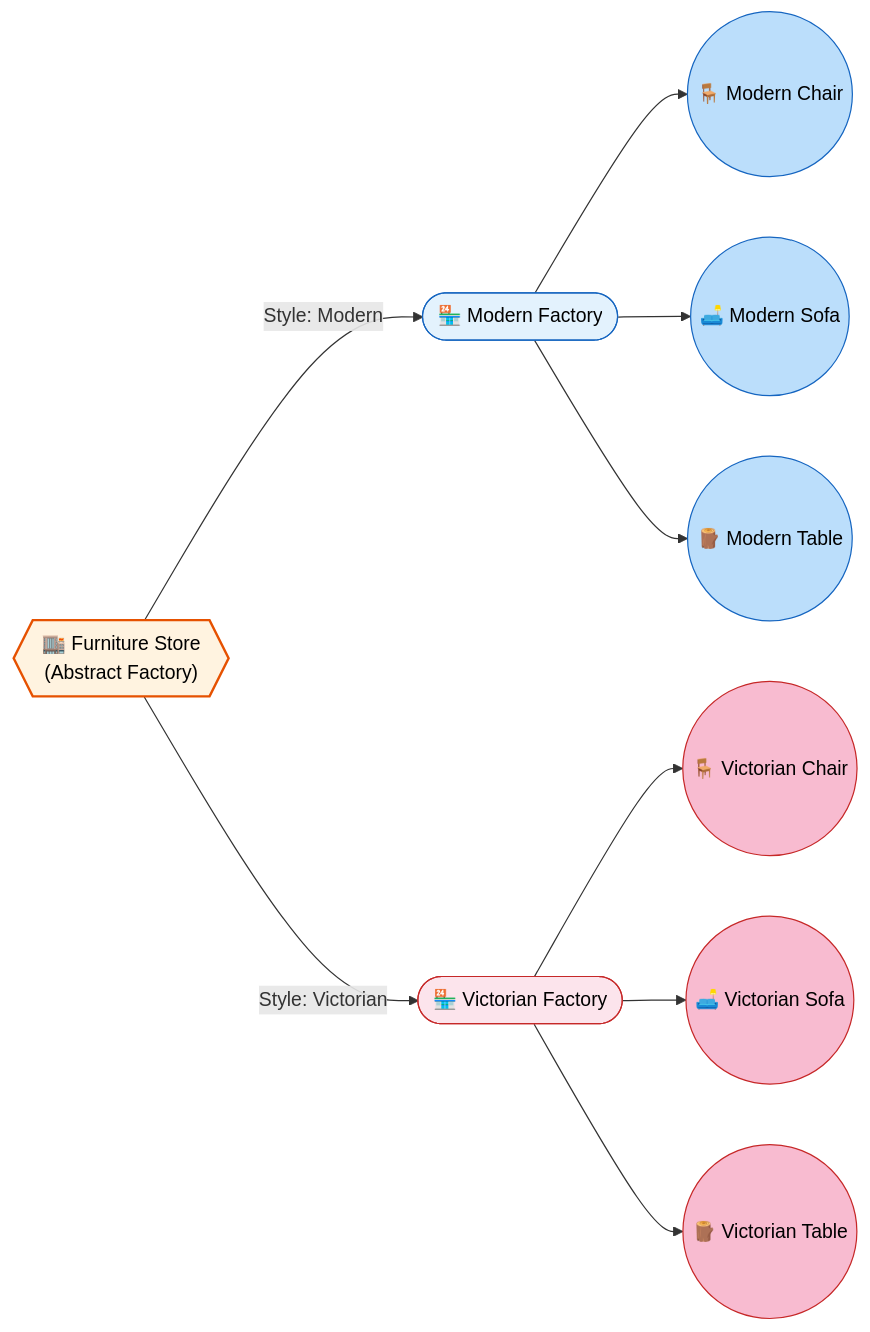
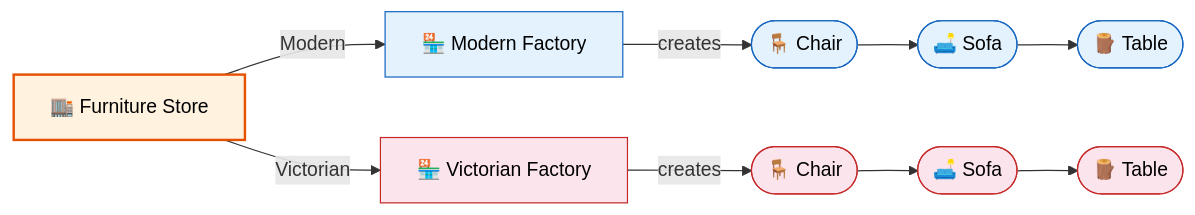
Before and after one commit to saivamsikaruturi/vamsilabs-dev-notes-main: the first of 3 diagrams in docs/designpatterns/creationalDesignPatterns/AbstractFactoryDesignPattern.md, drawn with Mermaid. The commit also changed other lines of this file and 42 other files, not shown here.

````diff
--- a/docs/designpatterns/creationalDesignPatterns/AbstractFactoryDesignPattern.md
+++ b/docs/designpatterns/creationalDesignPatterns/AbstractFactoryDesignPattern.md
@@ -10,24 +10,17 @@
 ```mermaid
 flowchart LR
-    Store{{"🏬 Furniture Store<br/>(Abstract Factory)"}}
-    Store -->|Style: Modern| M(["🏪 Modern Factory"])
-    Store -->|Style: Victorian| V(["🏪 Victorian Factory"])
-    
-    M --> MC(("🪑 Modern Chair"))
-    M --> MS(("🛋️ Modern Sofa"))
-    M --> MT(("🪵 Modern Table"))
-    
-    V --> VC(("🪑 Victorian Chair"))
-    V --> VS(("🛋️ Victorian Sofa"))
-    V --> VT(("🪵 Victorian Table"))
+    Store["🏬 Furniture Store"] -->|"Modern"| M["🏪 Modern Factory"]
+    M -->|"creates"| MC(["🪑 Chair"]) --> MS(["🛋️ Sofa"]) --> MT(["🪵 Table"])
+    Store -->|"Victorian"| V["🏪 Victorian Factory"]
+    V -->|"creates"| VC(["🪑 Chair"]) --> VS(["🛋️ Sofa"]) --> VT(["🪵 Table"])
 
     style Store fill:#FFF3E0,stroke:#E65100,stroke-width:2px,color:#000
     style M fill:#E3F2FD,stroke:#1565C0,color:#000
     style V fill:#FCE4EC,stroke:#C62828,color:#000
-    style MC fill:#BBDEFB,stroke:#1565C0,color:#000
-    style MS fill:#BBDEFB,stroke:#1565C0,color:#000
-    style MT fill:#BBDEFB,stroke:#1565C0,color:#000
-    style VC fill:#F8BBD0,stroke:#C62828,color:#000
-    style VS fill:#F8BBD0,stroke:#C62828,color:#000
-    style VT fill:#F8BBD0,stroke:#C62828,color:#000
+    style MC fill:#E3F2FD,stroke:#1565C0,color:#000
+    style MS fill:#E3F2FD,stroke:#1565C0,color:#000
+    style MT fill:#E3F2FD,stroke:#1565C0,color:#000
+    style VC fill:#FCE4EC,stroke:#C62828,color:#000
+    style VS fill:#FCE4EC,stroke:#C62828,color:#000
+    style VT fill:#FCE4EC,stroke:#C62828,color:#000
 ```
````
